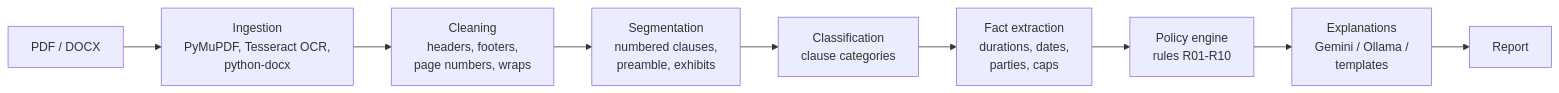
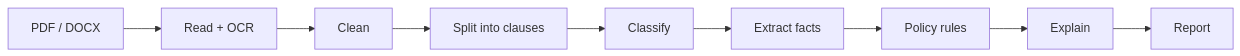
The diagram in README.md (Sanjeev-07-psypher/ContractGuard), drawn with Mermaid before and after one commit. The commit also changed other lines of this file and 1 other file, not shown here.

````diff
--- a/README.md
+++ b/README.md
@@ -66,11 +13,5 @@
 ```mermaid
 flowchart LR
-    F[PDF / DOCX] --> I[Ingestion<br/>PyMuPDF, Tesseract OCR,<br/>python-docx]
-    I --> C[Cleaning<br/>headers, footers,<br/>page numbers, wraps]
-    C --> S[Segmentation<br/>numbered clauses,<br/>preamble, exhibits]
-    S --> K[Classification<br/>clause categories]
-    K --> X[Fact extraction<br/>durations, dates,<br/>parties, caps]
-    X --> E[Policy engine<br/>rules R01-R10]
-    E --> L[Explanations<br/>Gemini / Ollama /<br/>templates]
-    L --> R[Report]
+    F[PDF / DOCX] --> I[Read + OCR] --> C[Clean] --> S[Split into clauses]
+    S --> K[Classify] --> X[Extract facts] --> E[Policy rules] --> L[Explain] --> R[Report]
 ```
````
